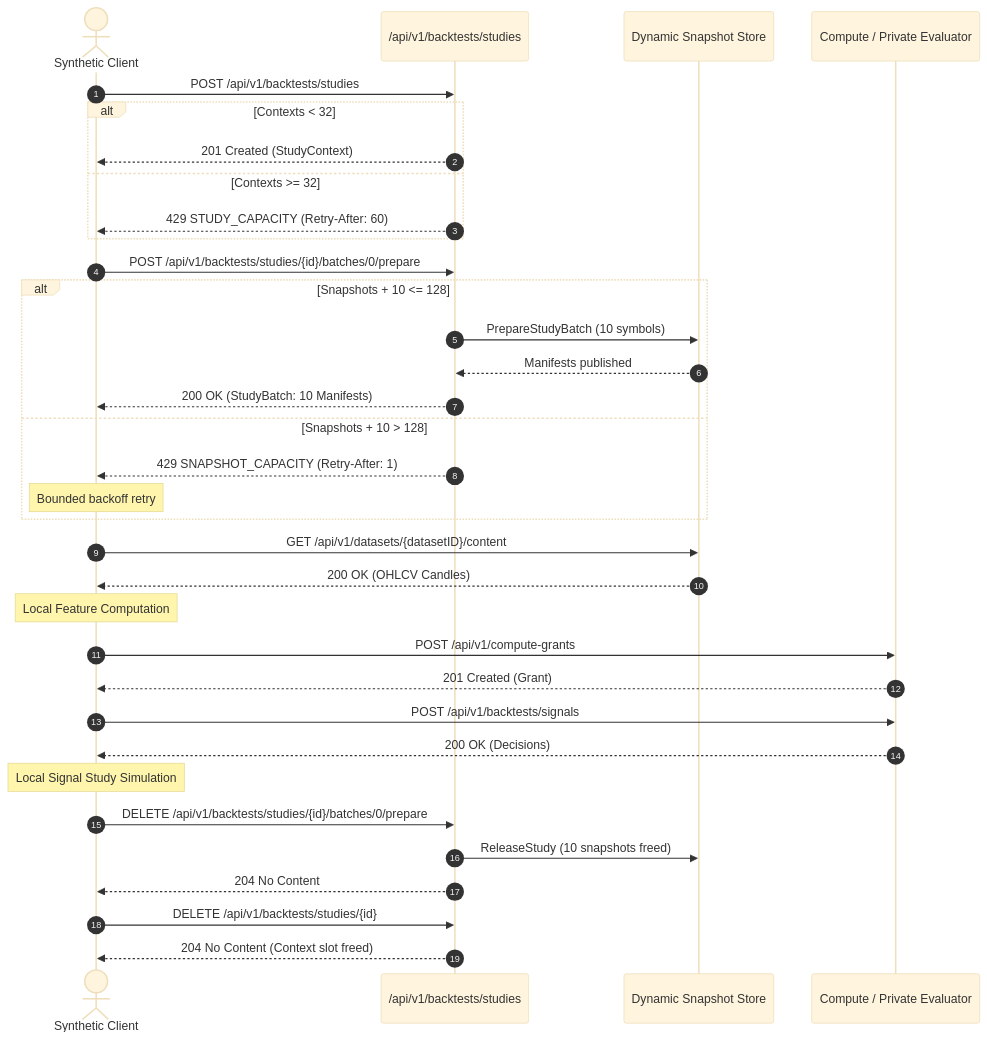
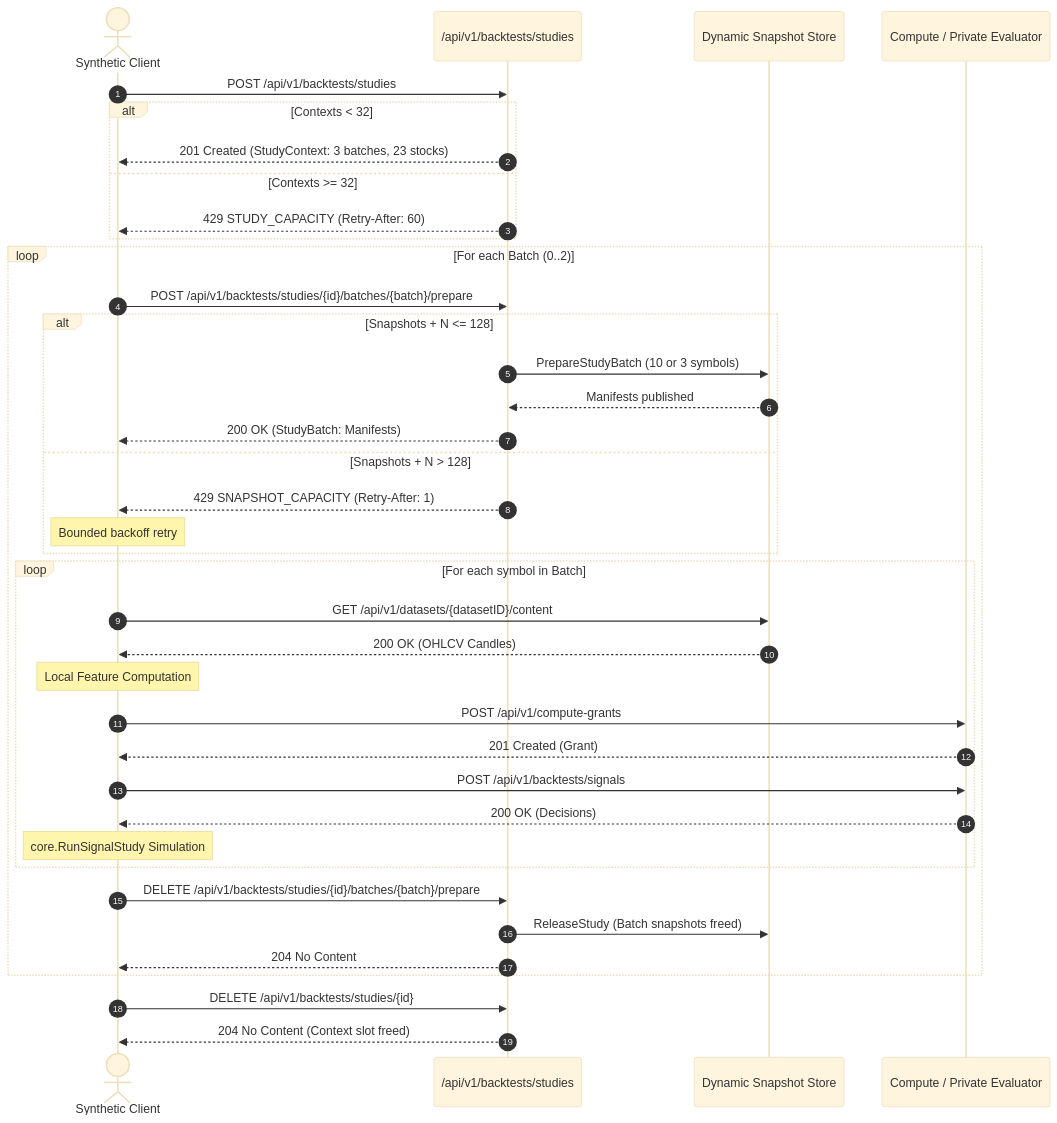
The diagram in docs/backend/STUDY_SUSTAINED_LOAD.md (Lucienthewizz/signalgen-2), drawn with Mermaid (base theme) before and after one commit. The commit also changed other lines of this file and 6 other files, not shown here.

Commit message:
test(api): sustained signal-study load measurement and recovery verification

````diff
--- a/docs/backend/STUDY_SUSTAINED_LOAD.md
+++ b/docs/backend/STUDY_SUSTAINED_LOAD.md
@@ -21,41 +21,45 @@
 ```mermaid
 sequenceDiagram
     autonumber
     actor Client as Synthetic Client
     participant API as /api/v1/backtests/studies
     participant Store as Dynamic Snapshot Store
     participant Compute as Compute / Private Evaluator
 
     Client->>API: POST /api/v1/backtests/studies
     alt Contexts < 32
-        API-->>Client: 201 Created (StudyContext)
+        API-->>Client: 201 Created (StudyContext: 3 batches, 23 stocks)
     else Contexts >= 32
         API-->>Client: 429 STUDY_CAPACITY (Retry-After: 60)
     end
 
-    Client->>API: POST /api/v1/backtests/studies/{id}/batches/0/prepare
-    alt Snapshots + 10 <= 128
-        API->>Store: PrepareStudyBatch (10 symbols)
-        Store-->>API: Manifests published
-        API-->>Client: 200 OK (StudyBatch: 10 Manifests)
-    else Snapshots + 10 > 128
-        API-->>Client: 429 SNAPSHOT_CAPACITY (Retry-After: 1)
-        Note over Client: Bounded backoff retry
+    loop For each Batch (0..2)
+        Client->>API: POST /api/v1/backtests/studies/{id}/batches/{batch}/prepare
+        alt Snapshots + N <= 128
+            API->>Store: PrepareStudyBatch (10 or 3 symbols)
+            Store-->>API: Manifests published
+            API-->>Client: 200 OK (StudyBatch: Manifests)
+        else Snapshots + N > 128
+            API-->>Client: 429 SNAPSHOT_CAPACITY (Retry-After: 1)
+            Note over Client: Bounded backoff retry
+        end
+
+        loop For each symbol in Batch
+            Client->>Store: GET /api/v1/datasets/{datasetID}/content
+            Store-->>Client: 200 OK (OHLCV Candles)
+            Note over Client: Local Feature Computation
+            Client->>Compute: POST /api/v1/compute-grants
+            Compute-->>Client: 201 Created (Grant)
+            Client->>Compute: POST /api/v1/backtests/signals
+            Compute-->>Client: 200 OK (Decisions)
+            Note over Client: core.RunSignalStudy Simulation
+        end
+
+        Client->>API: DELETE /api/v1/backtests/studies/{id}/batches/{batch}/prepare
+        API->>Store: ReleaseStudy (Batch snapshots freed)
+        API-->>Client: 204 No Content
     end
-
-    Client->>Store: GET /api/v1/datasets/{datasetID}/content
-    Store-->>Client: 200 OK (OHLCV Candles)
-    Note over Client: Local Feature Computation
-    Client->>Compute: POST /api/v1/compute-grants
-    Compute-->>Client: 201 Created (Grant)
-    Client->>Compute: POST /api/v1/backtests/signals
-    Compute-->>Client: 200 OK (Decisions)
-    Note over Client: Local Signal Study Simulation
-
-    Client->>API: DELETE /api/v1/backtests/studies/{id}/batches/0/prepare
-    API->>Store: ReleaseStudy (10 snapshots freed)
-    API-->>Client: 204 No Content
 
     Client->>API: DELETE /api/v1/backtests/studies/{id}
     API-->>Client: 204 No Content (Context slot freed)
 ```
````
